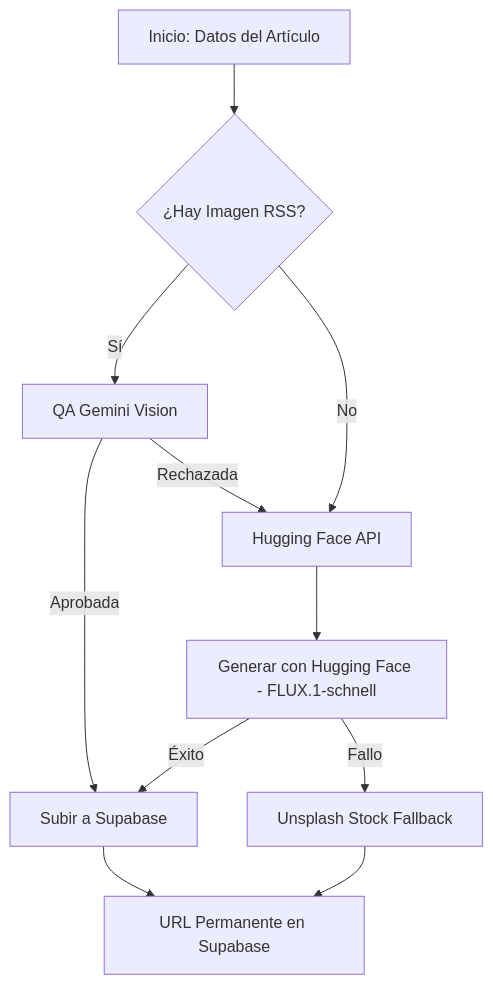
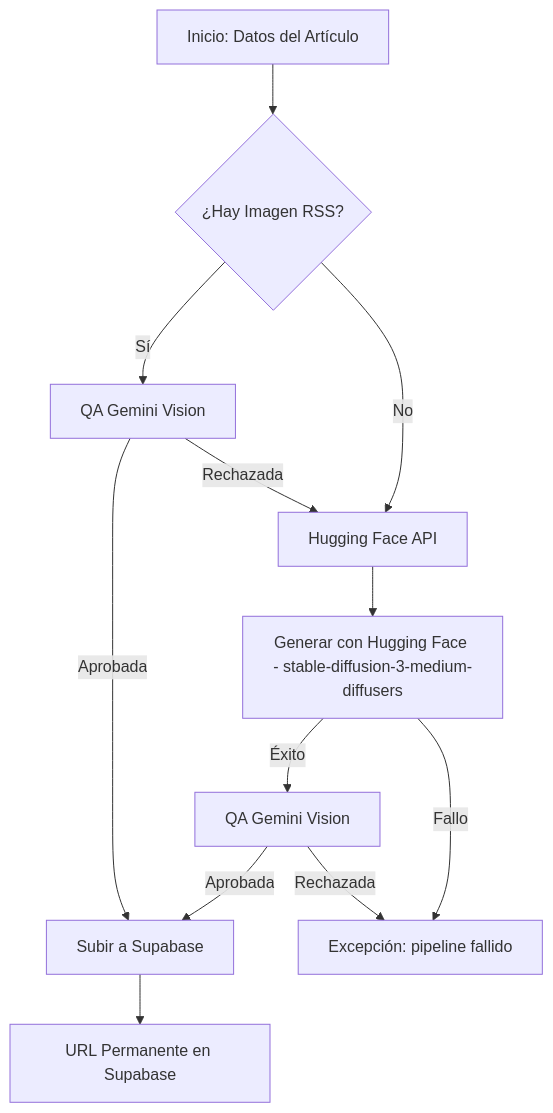
The second of 2 diagrams in docs/04 - Flujos de Trabajo.md (CarlosEmerito/EmeDotEme), drawn with Mermaid before and after one commit. The commit also changed other lines of this file and 8 other files, not shown here.

````diff
--- a/docs/04 - Flujos de Trabajo.md
+++ b/docs/04 - Flujos de Trabajo.md
@@ -56,13 +56,14 @@
 ```mermaid
 graph TD
     A[Inicio: Datos del Artículo] --> B{¿Hay Imagen RSS?}
     B -- Sí --> E[QA Gemini Vision]
     B -- No --> D[Hugging Face API]
     E -- Aprobada --> F[Subir a Supabase]
     E -- Rechazada --> D
-    D --> I[Generar con Hugging Face - FLUX.1-schnell]
-    I -- Éxito --> F
-    I -- Fallo --> K[Unsplash Stock Fallback]
-    K --> L[Imagen Final]
+    D --> I[Generar con Hugging Face - stable-diffusion-3-medium-diffusers]
+    I -- Éxito --> G[QA Gemini Vision]
+    G -- Aprobada --> F
+    G -- Rechazada --> J[Excepción: pipeline fallido]
+    I -- Fallo --> J
     F --> L[URL Permanente en Supabase]
 ```
````
